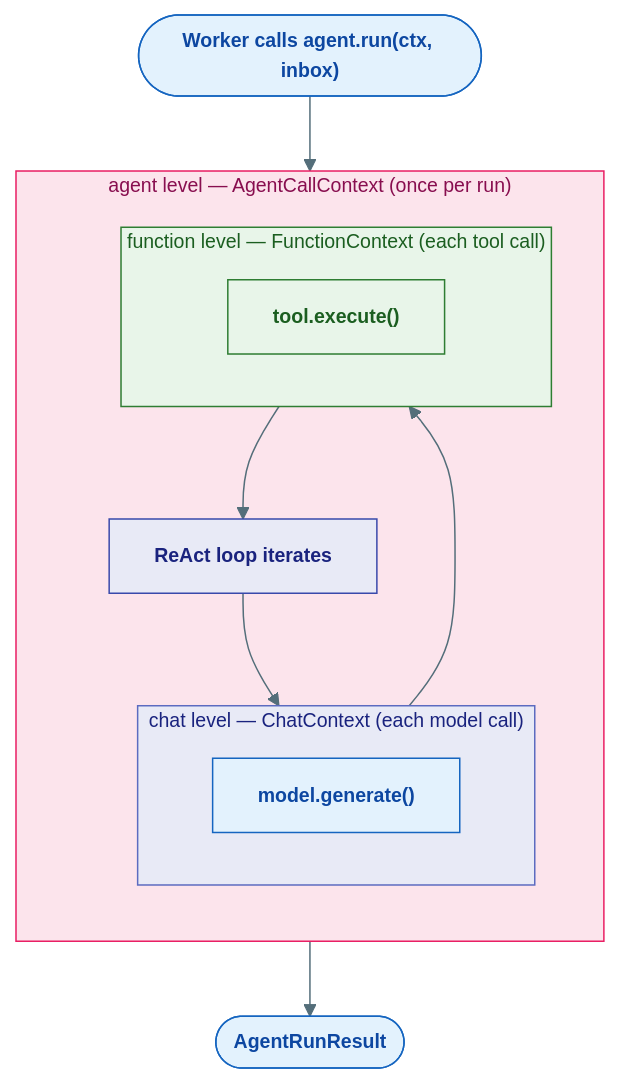
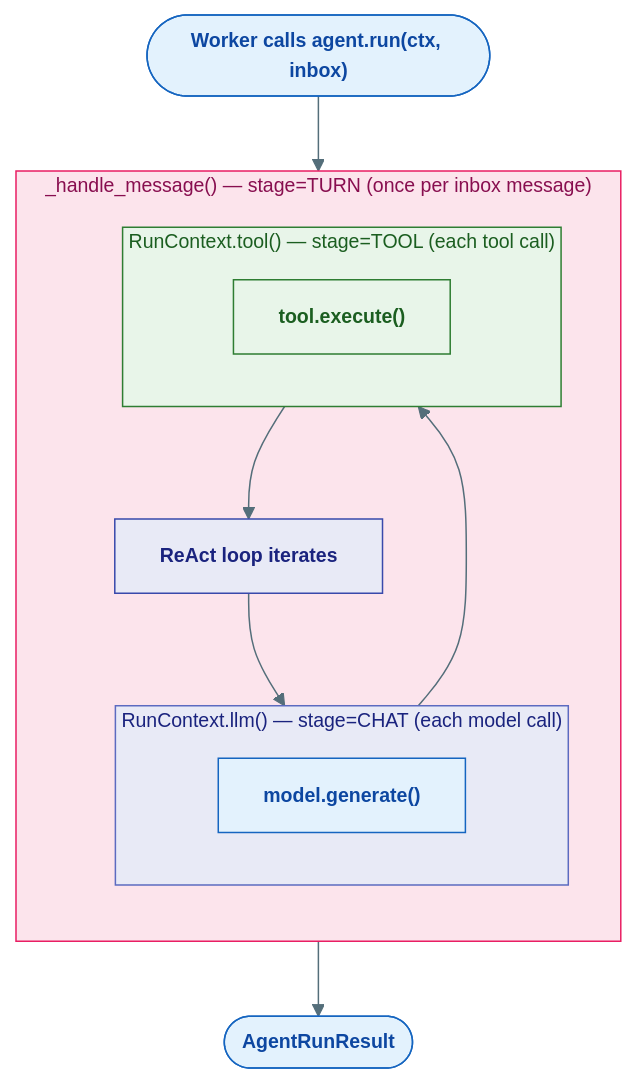
The third of 5 diagrams in agents/agent-substrate/docs/agents/05-middleware-and-guardrails.md (Ravikumarchavva/agent-substrate), drawn with Mermaid before and after one commit. The commit also changed other lines of this file and 44 other files, not shown here.

First line of the commit message:
Refactor middleware architecture to unify context handling and enhance versioning checks

````diff
--- a/agents/agent-substrate/docs/agents/05-middleware-and-guardrails.md
+++ b/agents/agent-substrate/docs/agents/05-middleware-and-guardrails.md
@@ -294,26 +344,26 @@
 ```mermaid
 %%{init: {'theme': 'base', 'themeVariables': {'primaryColor': '#E8EAF6','primaryTextColor': '#1A237E','primaryBorderColor': '#3949AB','lineColor': '#546E7A','fontSize': '13px'}}}%%
 flowchart TD
     classDef agent   fill:#E8EAF6,stroke:#3949AB,color:#1A237E,font-weight:bold
     classDef runtime fill:#E3F2FD,stroke:#1565C0,color:#0D47A1,font-weight:bold
     classDef tool    fill:#E8F5E9,stroke:#2E7D32,color:#1B5E20,font-weight:bold
 
     IN(["Worker calls agent.run(ctx, inbox)"]):::runtime
-    subgraph AG["agent level — AgentCallContext (once per run)"]
+    subgraph AG["_handle_message() — stage=TURN (once per inbox message)"]
         direction TB
         LOOP["ReAct loop iterates"]:::agent
-        subgraph CH["chat level — ChatContext (each model call)"]
+        subgraph CH["RunContext.llm() — stage=CHAT (each model call)"]
             MODEL["model.generate()"]:::runtime
         end
-        subgraph FN["function level — FunctionContext (each tool call)"]
+        subgraph FN["RunContext.tool() — stage=TOOL (each tool call)"]
             TOOL["tool.execute()"]:::tool
         end
         LOOP --> CH --> FN --> LOOP
     end
     IN --> AG
     AG --> OUT(["AgentRunResult"]):::runtime
 
     style AG fill:#fce4ec,stroke:#e91e63,color:#880e4f
     style CH fill:#e8eaf6,stroke:#5c6bc0,color:#1a237e
     style FN fill:#e8f5e9,stroke:#2e7d32,color:#1b5e20
 ```
````
